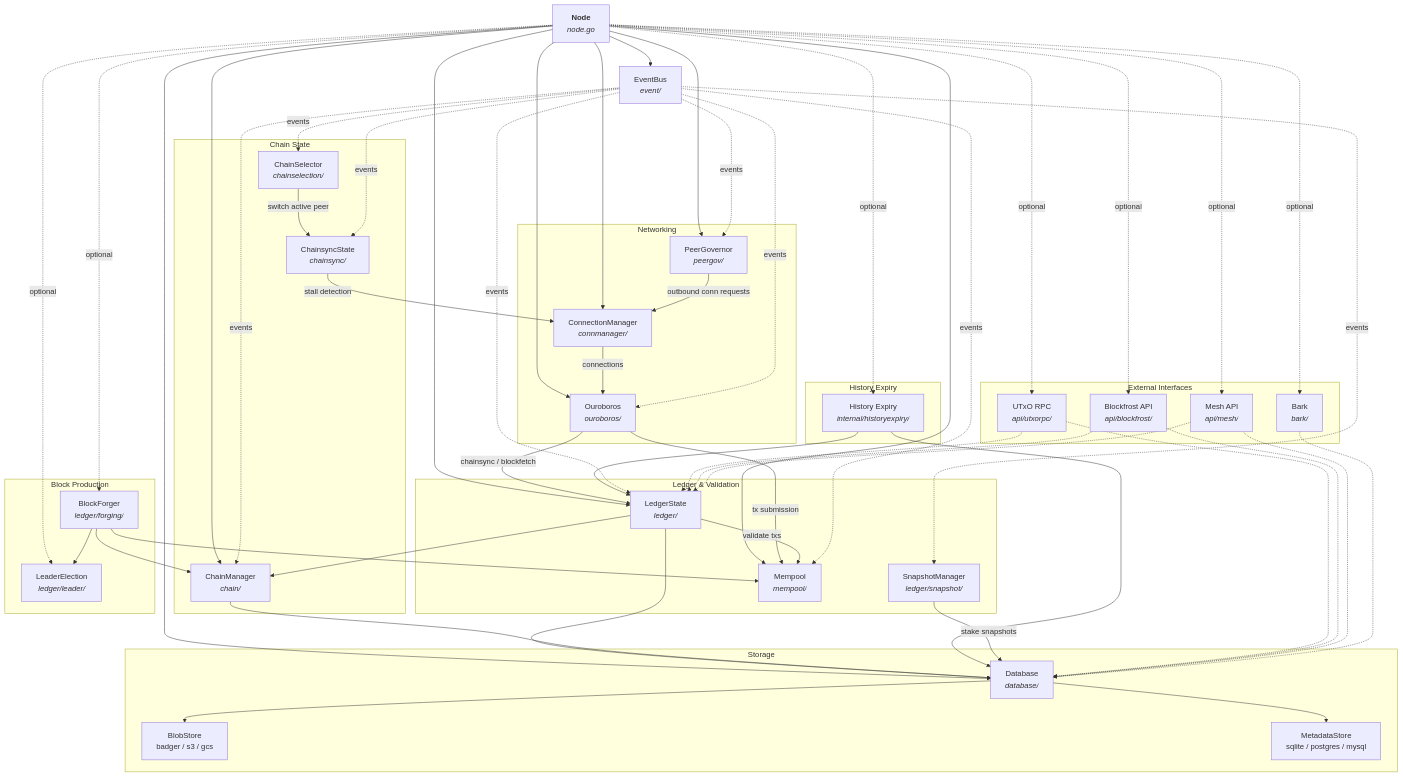
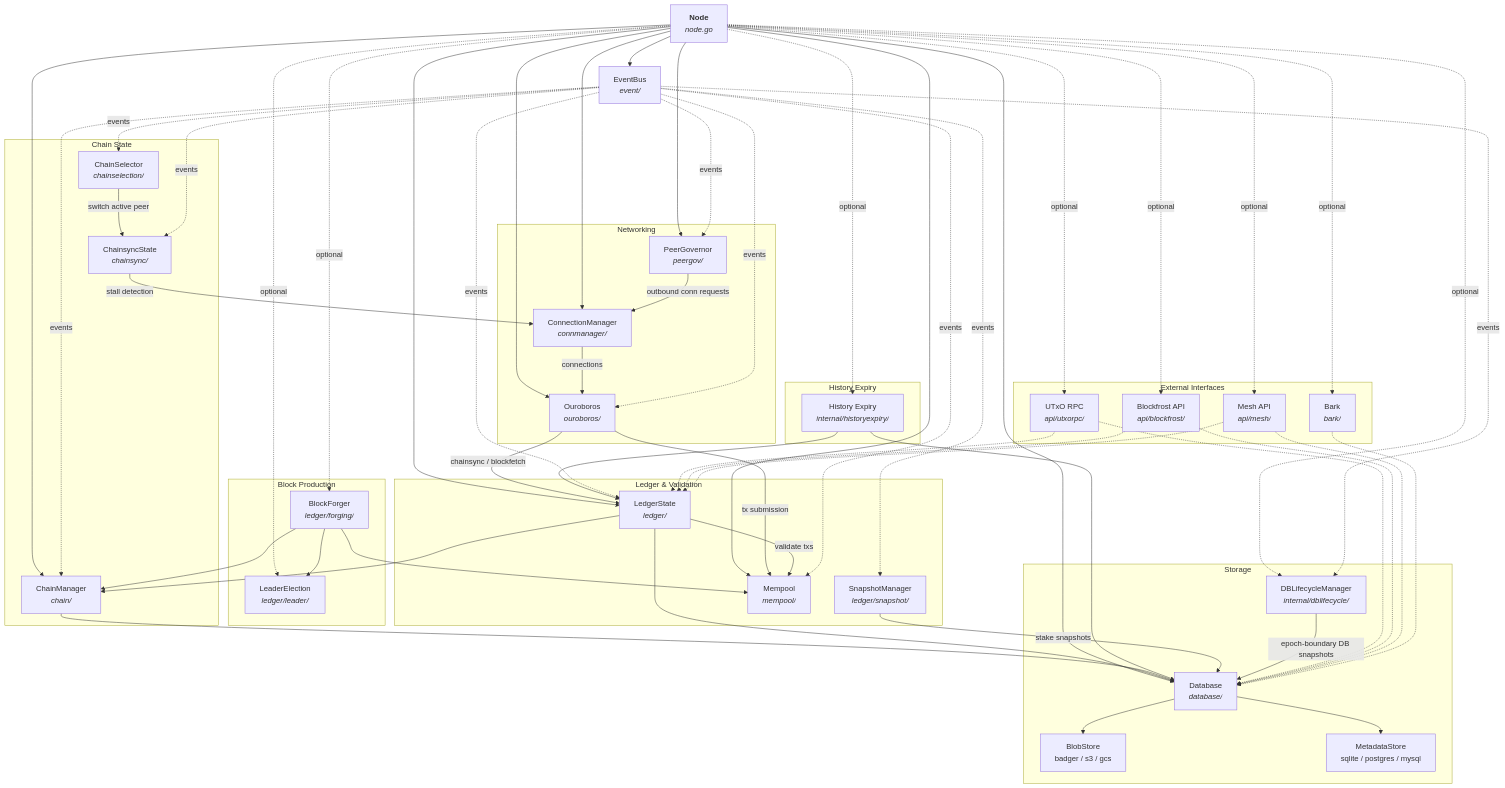
One commit to blinklabs-io/dingo changed the first of 5 diagrams in ARCHITECTURE.md. Above: the diagram before and after it, drawn with Mermaid. The commit also changed other lines of this file and 63 other files, not shown here.

````diff
--- a/ARCHITECTURE.md
+++ b/ARCHITECTURE.md
@@ -89,67 +89,69 @@
 ```mermaid
 graph TB
     Node["<b>Node</b><br/><i>node.go</i>"]
 
     subgraph Networking
         CM["ConnectionManager<br/><i>connmanager/</i>"]
         PG["PeerGovernor<br/><i>peergov/</i>"]
         OB["Ouroboros<br/><i>ouroboros/</i>"]
     end
 
     subgraph "Chain State"
         ChM["ChainManager<br/><i>chain/</i>"]
         CS["ChainsyncState<br/><i>chainsync/</i>"]
         CSel["ChainSelector<br/><i>chainselection/</i>"]
     end
 
     subgraph "Ledger & Validation"
         LS["LedgerState<br/><i>ledger/</i>"]
         SM["SnapshotManager<br/><i>ledger/snapshot/</i>"]
         MP["Mempool<br/><i>mempool/</i>"]
     end
 
     subgraph "Block Production"
         BF["BlockForger<br/><i>ledger/forging/</i>"]
         LE["LeaderElection<br/><i>ledger/leader/</i>"]
     end
 
     subgraph Storage
         DB["Database<br/><i>database/</i>"]
         Blob["BlobStore<br/>badger / s3 / gcs"]
         Meta["MetadataStore<br/>sqlite / postgres / mysql"]
+        DBLC["DBLifecycleManager<br/><i>internal/dblifecycle/</i>"]
     end
 
     subgraph "External Interfaces"
         URPC["UTxO RPC<br/><i>api/utxorpc/</i>"]
         BFA["Blockfrost API<br/><i>api/blockfrost/</i>"]
         Mesh["Mesh API<br/><i>api/mesh/</i>"]
         Bark["Bark<br/><i>bark/</i>"]
     end
 
     subgraph "History Expiry"
         HExpiry["History Expiry<br/><i>internal/historyexpiry/</i>"]
     end
 
     EB["EventBus<br/><i>event/</i>"]
 
     Node --> CM & PG & OB & ChM & LS & MP & DB & EB
-    Node -.->|"optional"| BF & LE & URPC & BFA & Mesh & Bark & HExpiry
+    Node -.->|"optional"| BF & LE & URPC & BFA & Mesh & Bark & HExpiry & DBLC
 
     PG -->|"outbound conn requests"| CM
     CM -->|"connections"| OB
     OB -->|"chainsync / blockfetch"| LS
     OB -->|"tx submission"| MP
     LS --> ChM & DB
     LS -->|"validate txs"| MP
     ChM --> DB
     DB --> Blob & Meta
     HExpiry --> LS & DB
     BF --> LE & MP & ChM
     SM -->|"stake snapshots"| DB
+    DBLC -->|"epoch-boundary DB snapshots"| DB
     CSel -->|"switch active peer"| CS
     CS -->|"stall detection"| CM
 
-    EB -.->|"events"| LS & ChM & CS & CSel & PG & SM & OB & MP
+    EB -.->|"events"| LS & ChM & CS & CSel & PG & SM & DBLC & OB & MP
     URPC & BFA & Mesh -.-> LS & DB
     Bark -.-> DB
 ```
````
